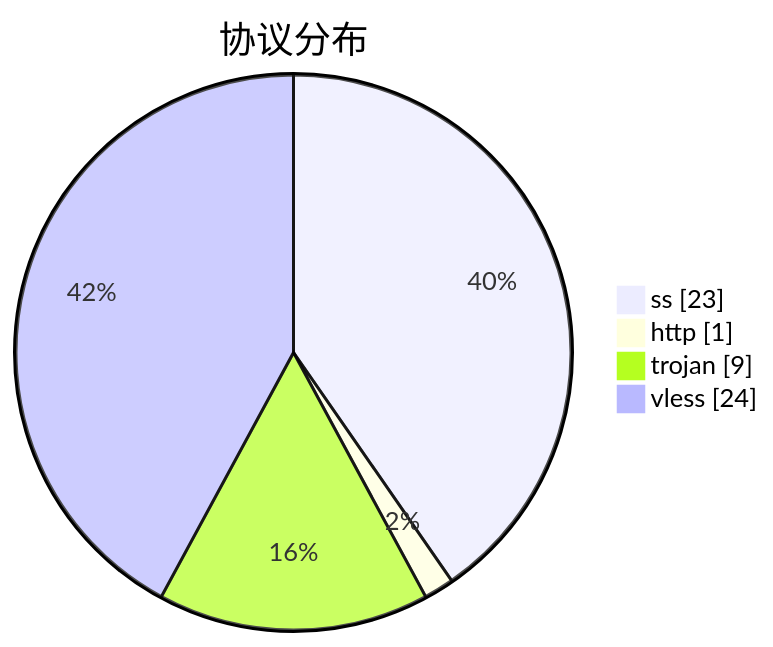
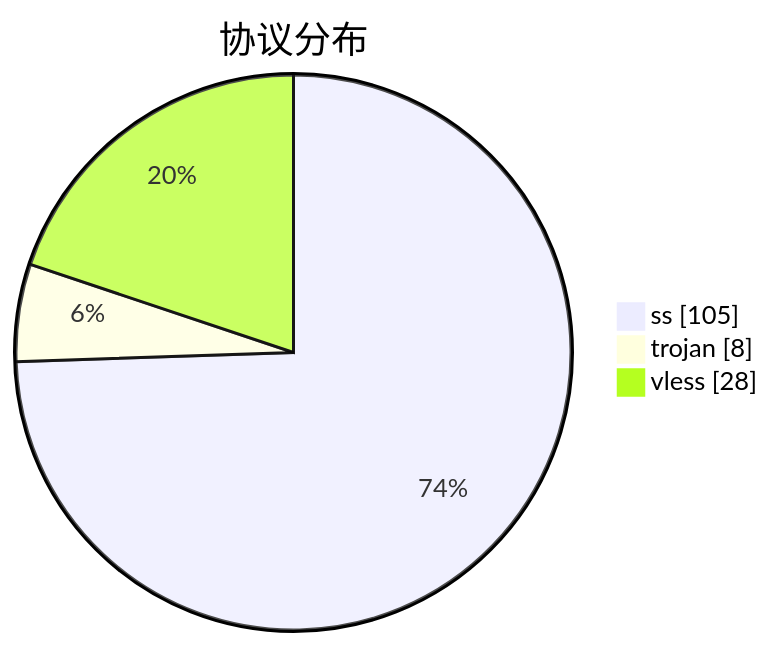
Before and after one commit to qjlxg/airport: the third of 3 diagrams in subs/statistics/tested_within.md, drawn with Mermaid. The commit also changed other lines of this file and 2 other files, not shown here.

````diff
--- a/subs/statistics/tested_within.md
+++ b/subs/statistics/tested_within.md
@@ -16,8 +16,7 @@
 ```mermaid
 pie showData
 title 协议分布
-"ss" : 23
-"http" : 1
-"trojan" : 9
-"vless" : 24
+"ss" : 105
+"trojan" : 8
+"vless" : 28
 ```
````
